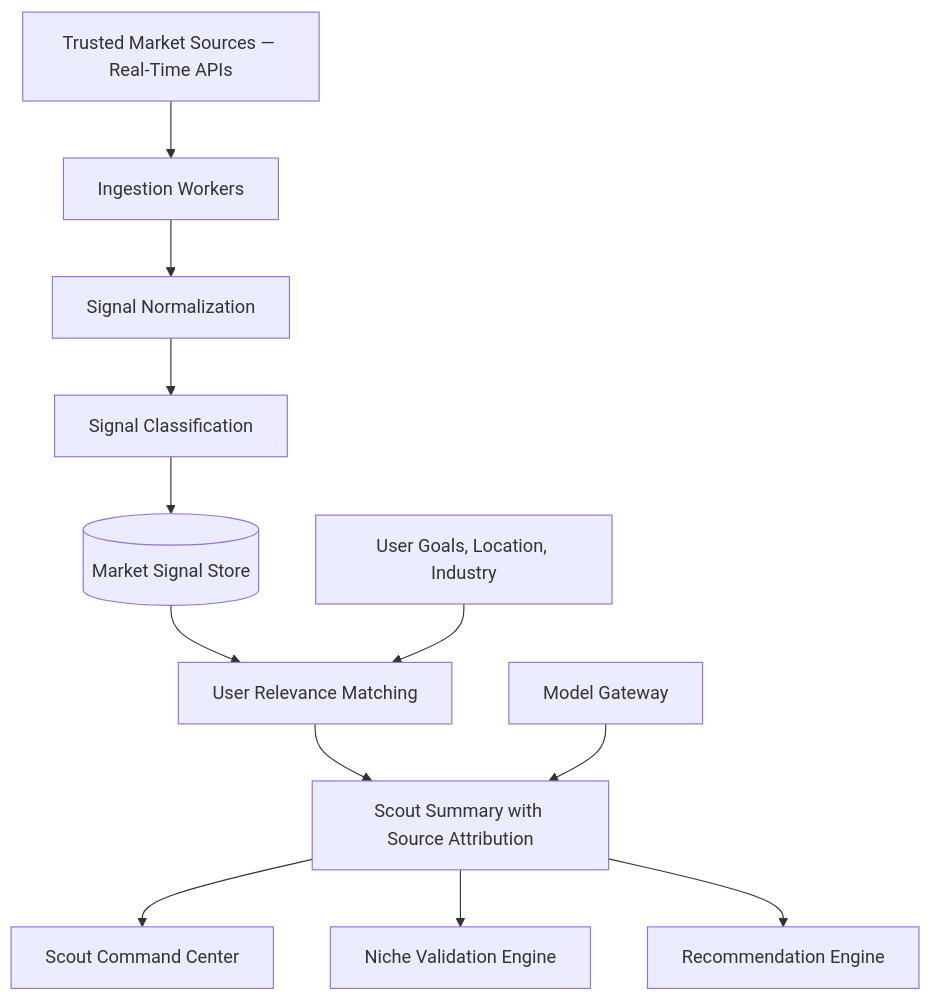
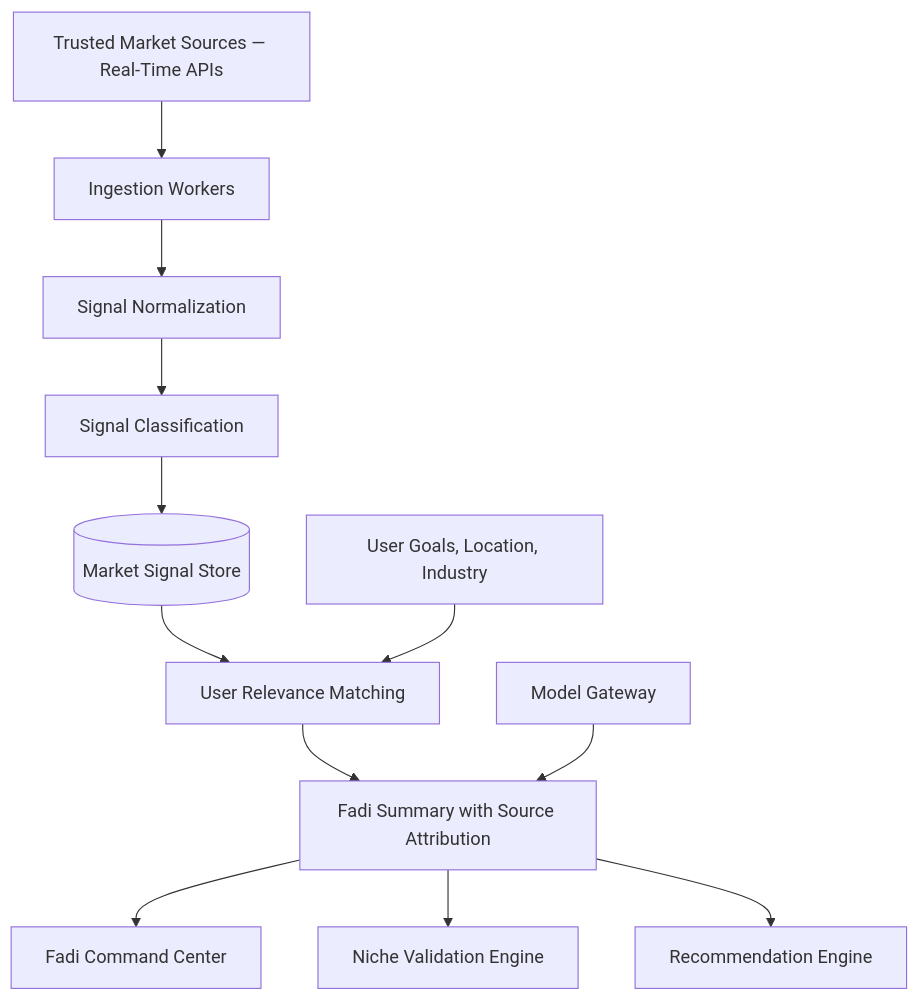
The diagram in docs/MARKET_INTELLIGENCE_ENGINE.md (Mirzzie/Fadi), drawn with Mermaid before and after one commit. The commit also changed other lines of this file and 158 other files, not shown here.

First line of the commit message:
refactor!: rename agent Scout→Fadi and brand CareerOS→FadiOS

````diff
--- a/docs/MARKET_INTELLIGENCE_ENGINE.md
+++ b/docs/MARKET_INTELLIGENCE_ENGINE.md
@@ -26,14 +26,14 @@
 ```mermaid
 flowchart TD
     Sources[Trusted Market Sources — Real-Time APIs] --> Ingest[Ingestion Workers]
     Ingest --> Normalize[Signal Normalization]
     Normalize --> Classify[Signal Classification]
     Classify --> Store[(Market Signal Store)]
     Store --> Relevance[User Relevance Matching]
     Profile[User Goals, Location, Industry] --> Relevance
-    Relevance --> Summary[Scout Summary with Source Attribution]
+    Relevance --> Summary[Fadi Summary with Source Attribution]
     Gateway[Model Gateway] --> Summary
-    Summary --> CommandCenter[Scout Command Center]
+    Summary --> CommandCenter[Fadi Command Center]
     Summary --> NicheValidation[Niche Validation Engine]
     Summary --> Recommendations[Recommendation Engine]
 ```
````
